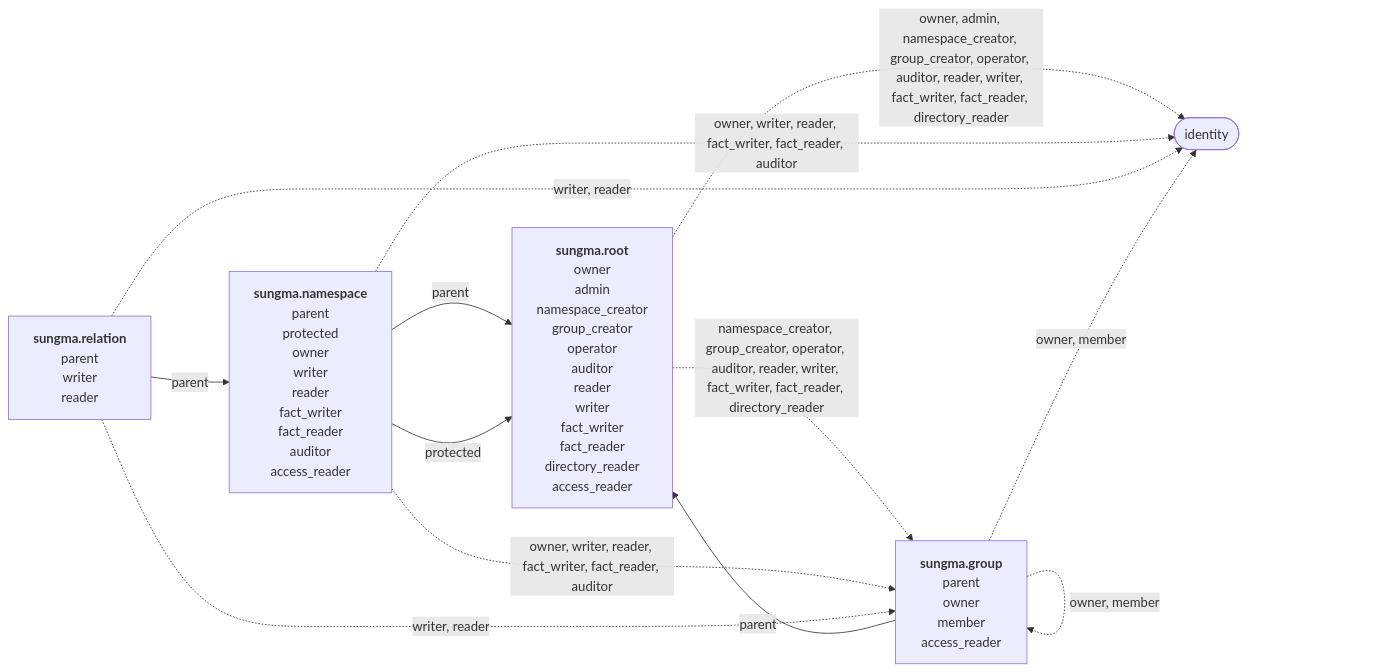
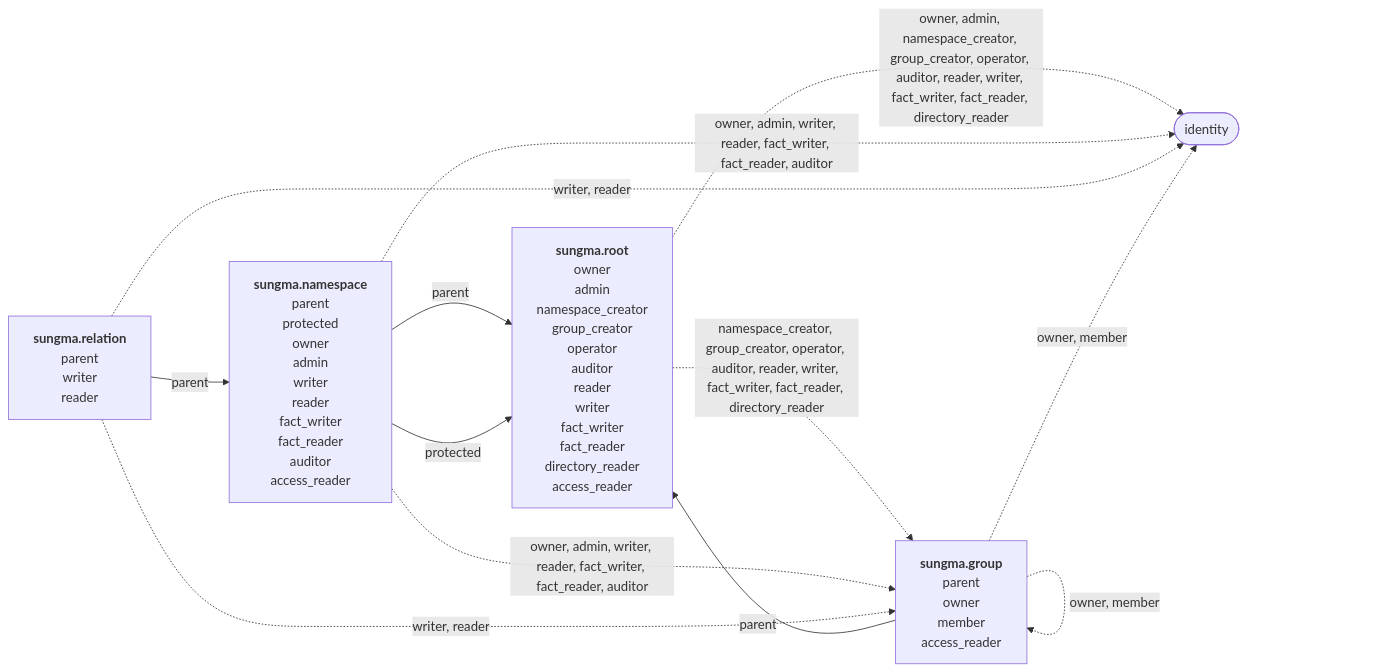
One commit to marklauter/Sungma changed the diagram in docs/specs/sungma-authorization.md. Above: the diagram before and after it, drawn with Mermaid. The commit also changed other lines of this file, not shown here.

First line of the commit message:
Separate administering a namespace from owning it

````diff
--- a/docs/specs/sungma-authorization.md
+++ b/docs/specs/sungma-authorization.md
@@ -169,20 +173,20 @@
 ```mermaid
 flowchart LR
   root["<b>sungma.root</b><br/>owner<br/>admin<br/>namespace_creator<br/>group_creator<br/>operator<br/>auditor<br/>reader<br/>writer<br/>fact_writer<br/>fact_reader<br/>directory_reader<br/>access_reader"]
-  namespace["<b>sungma.namespace</b><br/>parent<br/>protected<br/>owner<br/>writer<br/>reader<br/>fact_writer<br/>fact_reader<br/>auditor<br/>access_reader"]
+  namespace["<b>sungma.namespace</b><br/>parent<br/>protected<br/>owner<br/>admin<br/>writer<br/>reader<br/>fact_writer<br/>fact_reader<br/>auditor<br/>access_reader"]
   relation["<b>sungma.relation</b><br/>parent<br/>writer<br/>reader"]
   group["<b>sungma.group</b><br/>parent<br/>owner<br/>member<br/>access_reader"]
   identity(["identity"])
   namespace -- parent --> root
   namespace -- protected --> root
   relation -- parent --> namespace
   group -- parent --> root
   root -. "owner, admin, namespace_creator, group_creator, operator, auditor, reader, writer, fact_writer, fact_reader, directory_reader" .-> identity
   root -. "namespace_creator, group_creator, operator, auditor, reader, writer, fact_writer, fact_reader, directory_reader" .-> group
-  namespace -. "owner, writer, reader, fact_writer, fact_reader, auditor" .-> identity
-  namespace -. "owner, writer, reader, fact_writer, fact_reader, auditor" .-> group
+  namespace -. "owner, admin, writer, reader, fact_writer, fact_reader, auditor" .-> identity
+  namespace -. "owner, admin, writer, reader, fact_writer, fact_reader, auditor" .-> group
   relation -. "writer, reader" .-> identity
   relation -. "writer, reader" .-> group
   group -. "owner, member" .-> identity
   group -. "owner, member" .-> group
 ```
````
